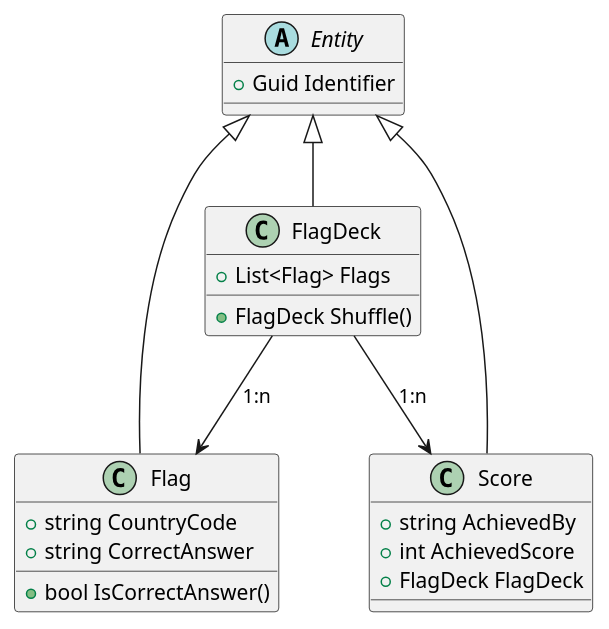
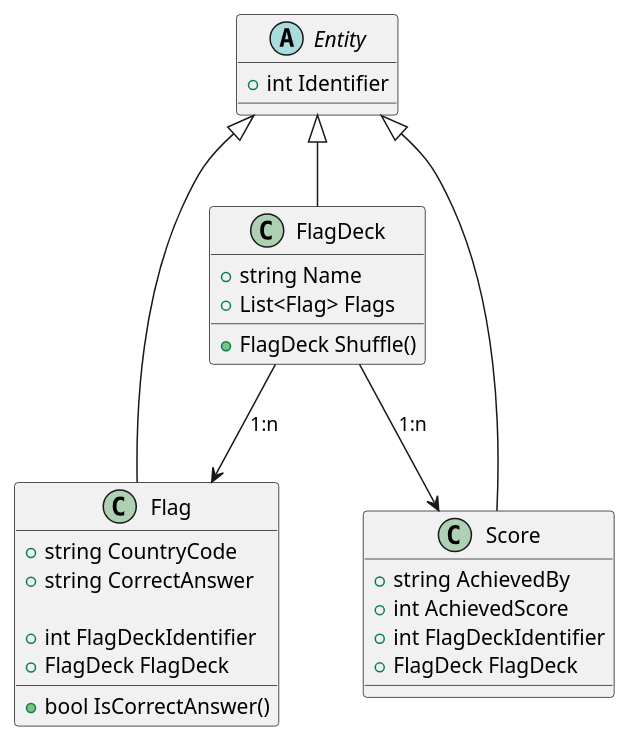
The diagram in uml/class.puml (SlagterJ/2024-b1-individueel), drawn with PlantUML before and after one commit.

Commit message:
fix uml diagram

```diff
--- a/uml/class.puml
+++ b/uml/class.puml
@@ -1,34 +1,38 @@
 @startuml class
 
 abstract class Entity {
-  + Guid Identifier
+  + int Identifier
 }
 
 class Flag {
   + string CountryCode
   + string CorrectAnswer
 
+  + int FlagDeckIdentifier
+  + FlagDeck FlagDeck
+
   + bool IsCorrectAnswer()
 }
 
 class FlagDeck {
+  + string Name
   + List<Flag> Flags
-
   + FlagDeck Shuffle()
 }
 
 class Score {
   + string AchievedBy
   + int AchievedScore
+  + int FlagDeckIdentifier
   + FlagDeck FlagDeck
 }
 
 
 Entity <|-- Flag
 Entity <|-- FlagDeck
 Entity <|-- Score
 
 FlagDeck --> Flag : 1:n
 FlagDeck --> Score : 1:n
 
 @enduml
```
